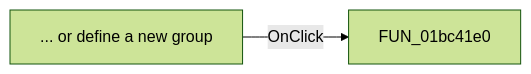
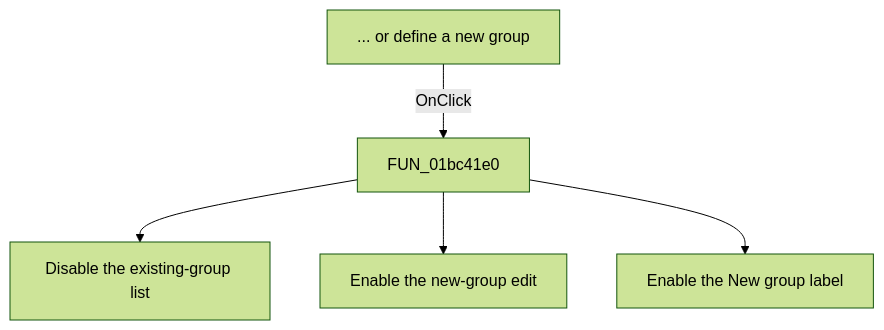
One commit to MovGP0/TIARA changed the diagram in docs/ui-controls/frmpcbonlycompwizard/rbnewgroup-e998a48958.md. Above: the diagram before and after it, drawn with Mermaid (forest theme). The commit also changed other lines of this file and 387 other files, not shown here.

````diff
--- a/docs/ui-controls/frmpcbonlycompwizard/rbnewgroup-e998a48958.md
+++ b/docs/ui-controls/frmpcbonlycompwizard/rbnewgroup-e998a48958.md
@@ -27,4 +34,7 @@
 ```mermaid
-flowchart LR
+flowchart TD
     control["... or define a new group"] -->|OnClick| handler["FUN_01bc41e0"]
+    handler --> list["Disable the existing-group list"]
+    handler --> edit["Enable the new-group edit"]
+    handler --> label["Enable the New group label"]
 ```
````
